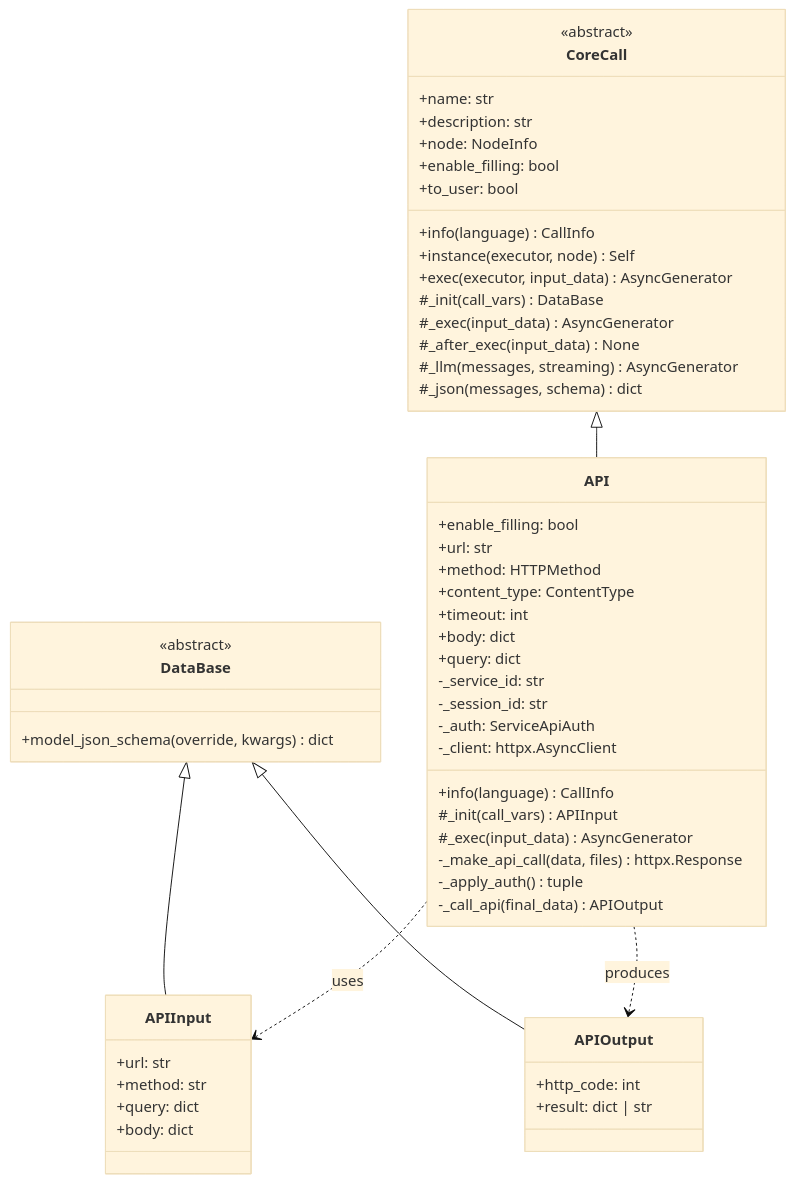
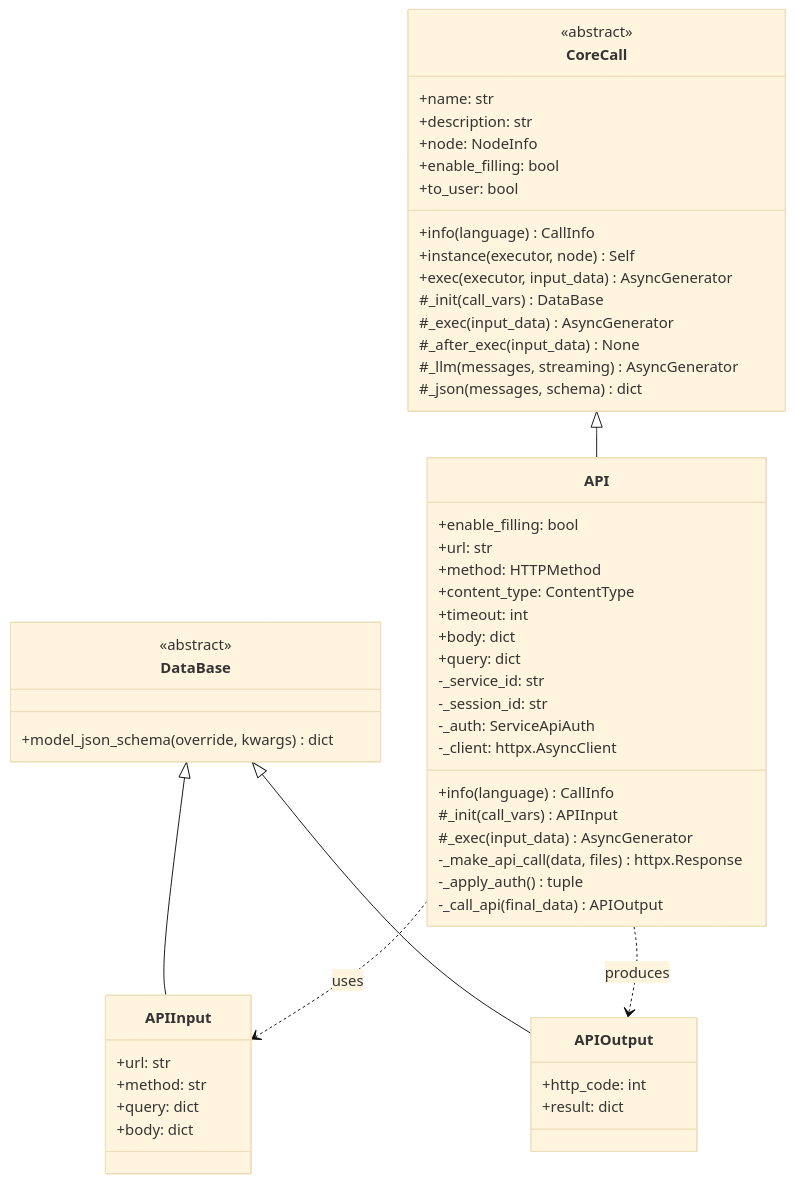
Before and after one commit to HongyuS/euler-copilot-framework: the first of 17 diagrams in design/call/api.md, drawn with Mermaid (base theme). The commit also changed other lines of this file and 7 other files, not shown here.

````diff
--- a/design/call/api.md
+++ b/design/call/api.md
@@ -22,62 +22,62 @@
 ```mermaid
 classDiagram
     class CoreCall {
         <<abstract>>
         +name: str
         +description: str
         +node: NodeInfo
         +enable_filling: bool
         +to_user: bool
         +info(language) CallInfo
         +instance(executor, node) Self
         +exec(executor, input_data) AsyncGenerator
         #_init(call_vars) DataBase
         #_exec(input_data) AsyncGenerator
         #_after_exec(input_data) None
         #_llm(messages, streaming) AsyncGenerator
         #_json(messages, schema) dict
     }
 
     class DataBase {
         <<abstract>>
         +model_json_schema(override, kwargs) dict
     }
 
     class API {
         +enable_filling: bool
         +url: str
         +method: HTTPMethod
         +content_type: ContentType
         +timeout: int
         +body: dict
         +query: dict
         -_service_id: str
         -_session_id: str
         -_auth: ServiceApiAuth
         -_client: httpx.AsyncClient
         +info(language) CallInfo
         #_init(call_vars) APIInput
         #_exec(input_data) AsyncGenerator
         -_make_api_call(data, files) httpx.Response
         -_apply_auth() tuple
         -_call_api(final_data) APIOutput
     }
 
     class APIInput {
         +url: str
         +method: str
         +query: dict
         +body: dict
     }
 
     class APIOutput {
         +http_code: int
-        +result: dict | str
+        +result: dict
     }
 
     CoreCall <|-- API
     DataBase <|-- APIInput
     DataBase <|-- APIOutput
     API ..> APIInput : uses
     API ..> APIOutput : produces
 ```
````
